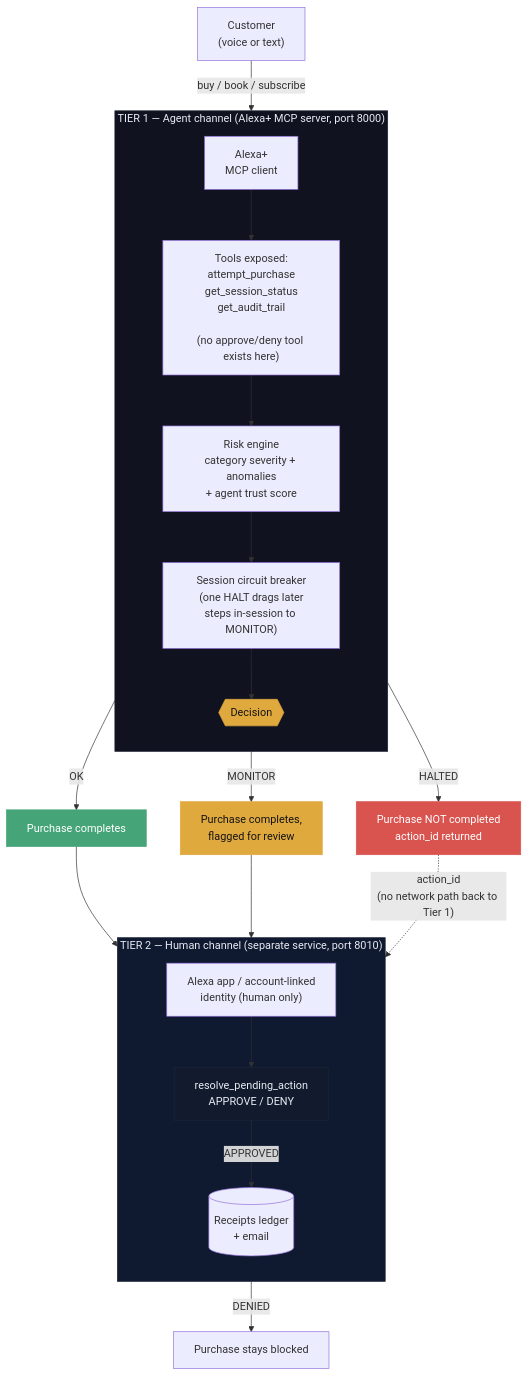
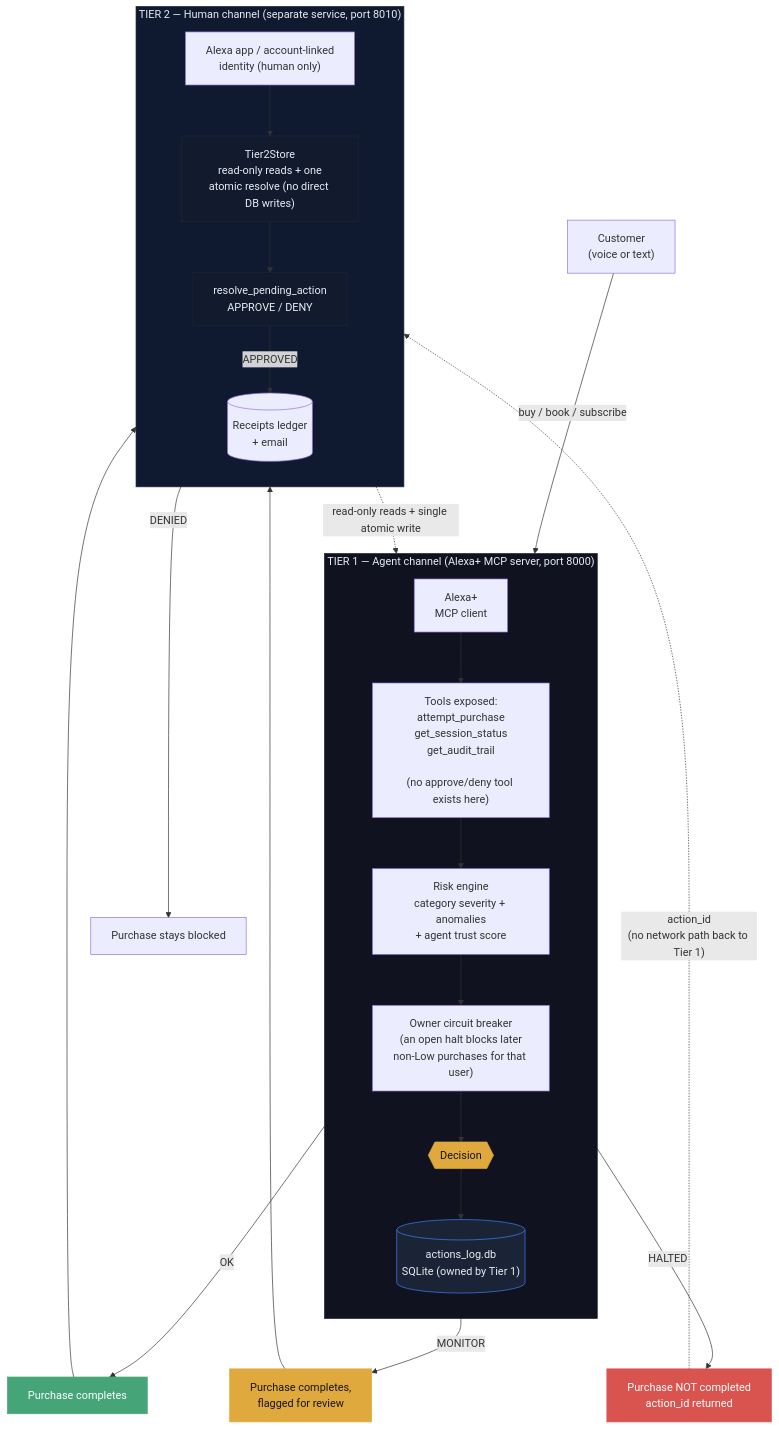
The diagram in README.md (evaaliya/Alguard), drawn with Mermaid before and after one commit. The commit also changed other lines of this file, not shown here.

Commit message:
docs: mention requirements.lock; add Tier2Store + actions_log.db to mermaid; fix circuit breaker to per-owner

````diff
--- a/README.md
+++ b/README.md
@@ -117,46 +117,53 @@
 ```mermaid
 flowchart TB
     Customer["Customer<br/>(voice or text)"]
 
     subgraph Tier1["TIER 1 — Agent channel (Alexa+ MCP server, port 8000)"]
         direction TB
         AlexaPlus["Alexa+<br/>MCP client"]
         Tools["Tools exposed:<br/>attempt_purchase<br/>get_session_status<br/>get_audit_trail<br/><br/>(no approve/deny tool exists here)"]
         RiskEngine["Risk engine<br/>category severity + anomalies<br/>+ agent trust score"]
-        CircuitBreaker["Session circuit breaker<br/>(one HALT drags later<br/>steps in-session to MONITOR)"]
+        CircuitBreaker["Owner circuit breaker<br/>(an open halt blocks later<br/>non-Low purchases for that user)"]
         Decision{{"Decision"}}
+        DB[("actions_log.db<br/>SQLite (owned by Tier 1)")]
     end
 
     subgraph Tier2["TIER 2 — Human channel (separate service, port 8010)"]
         direction TB
         HumanApp["Alexa app / account-linked<br/>identity (human only)"]
+        Tier2Store["Tier2Store<br/>read-only reads + one<br/>atomic resolve (no direct DB writes)"]
         Resolve["resolve_pending_action<br/>APPROVE / DENY"]
         Receipts[("Receipts ledger<br/>+ email")]
     end
 
     Customer -->|"buy / book / subscribe"| AlexaPlus
     AlexaPlus --> Tools
     Tools --> RiskEngine
     RiskEngine --> CircuitBreaker
     CircuitBreaker --> Decision
+    Decision --> DB
 
     Decision -->|"OK"| Complete1["Purchase completes"]
     Decision -->|"MONITOR"| Complete2["Purchase completes,<br/>flagged for review"]
     Decision -->|"HALTED"| Blocked["Purchase NOT completed<br/>action_id returned"]
 
     Complete1 --> Receipts
     Complete2 --> Receipts
 
     Blocked -.->|"action_id<br/>(no network path back to Tier 1)"| HumanApp
-    HumanApp --> Resolve
+    HumanApp --> Tier2Store
+    Tier2Store --> Resolve
+    Tier2Store -.->|"read-only reads + single atomic write"| DB
     Resolve -->|"APPROVED"| Receipts
     Resolve -->|"DENIED"| Dropped["Purchase stays blocked"]
 
     style Tier1 fill:#10131f,stroke:#1e2436,color:#e7ecf3
     style Tier2 fill:#0f1930,stroke:#1e2436,color:#e7ecf3
     style Decision fill:#e0a93e,stroke:#e0a93e,color:#141414
     style Blocked fill:#d9534f,stroke:#d9534f,color:#fff
     style Complete1 fill:#46a578,stroke:#46a578,color:#fff
     style Complete2 fill:#e0a93e,stroke:#e0a93e,color:#141414
     style Resolve fill:#121b2e,stroke:#1e2436,color:#e7ecf3
+    style DB fill:#1b2437,stroke:#3b82f6,color:#e7ecf3
+    style Tier2Store fill:#121b2e,stroke:#1e2436,color:#e7ecf3
 ```
````
